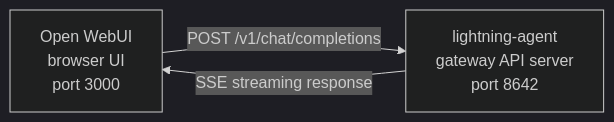
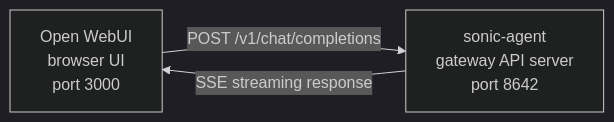
The diagram in website/docs/user-guide/messaging/open-webui.md (dabit3/sonic-agent), drawn with Mermaid (dark theme) before and after one commit. The commit also changed other lines of this file and 2617 other files, not shown here.

Commit message:
Rename to Sonic Agent and add latency-first speed overhaul

````diff
--- a/website/docs/user-guide/messaging/open-webui.md
+++ b/website/docs/user-guide/messaging/open-webui.md
@@ -13,7 +13,7 @@
 ```mermaid
 flowchart LR
     A["Open WebUI<br/>browser UI<br/>port 3000"]
-    B["lightning-agent<br/>gateway API server<br/>port 8642"]
+    B["sonic-agent<br/>gateway API server<br/>port 8642"]
     A -->|POST /v1/chat/completions| B
     B -->|SSE streaming response| A
 ```
````
